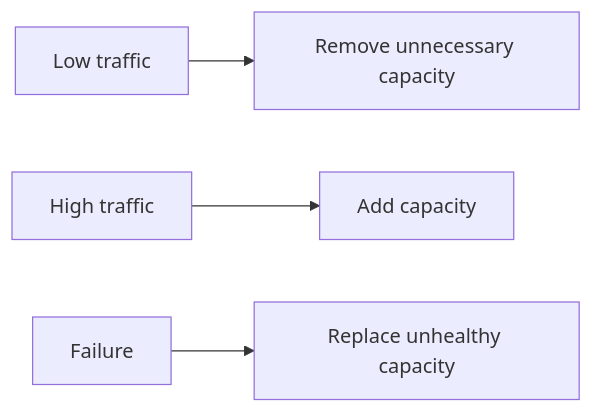
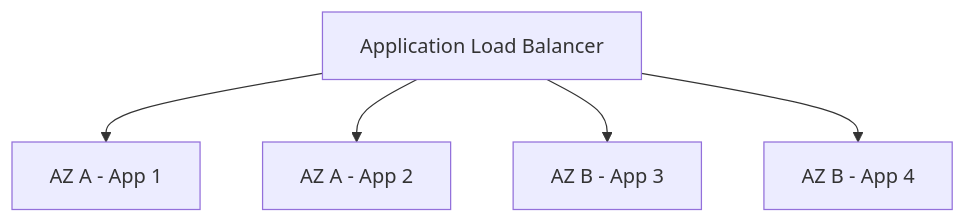
Before and after one commit to AvadhBhalodiya/Interview-Preparation: the seventh of 15 diagrams in src/content/devops/load-balancing-auto-scaling.md, drawn with Mermaid. The commit also changed other lines of this file and 54 other files, not shown here.

````diff
--- a/src/content/devops/load-balancing-auto-scaling.md
+++ b/src/content/devops/load-balancing-auto-scaling.md
@@ -471,6 +505,9 @@
 ```mermaid
-flowchart LR
-    LT[Low traffic] --> RC[Remove unnecessary capacity]
-    HT[High traffic] --> AC[Add capacity]
-    F[Failure] --> RUC[Replace unhealthy capacity]
+flowchart TB
+    ALB[Application Load Balancer]
+
+    ALB --> A1[AZ A - App 1]
+    ALB --> A2[AZ A - App 2]
+    ALB --> B1[AZ B - App 3]
+    ALB --> B2[AZ B - App 4]
 ```
````
